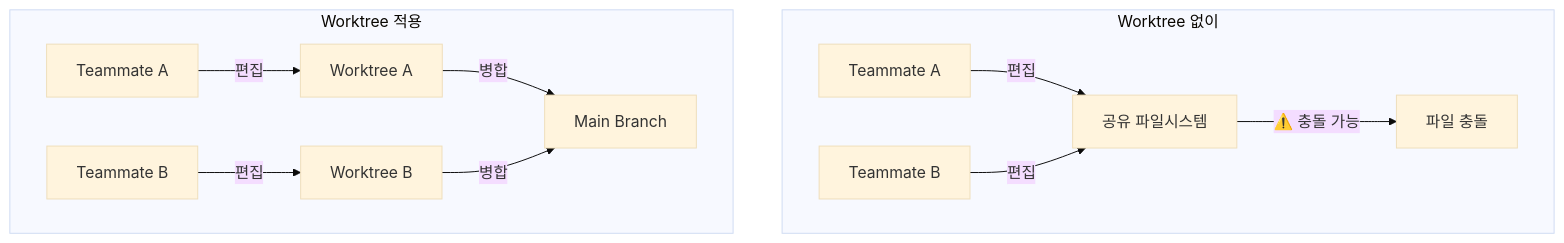
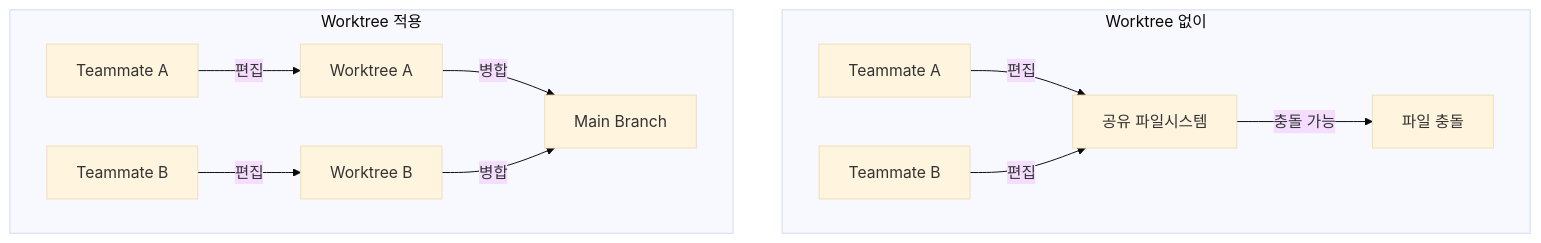
One commit to ice-ice-bear/ice-ice-bear.github.io changed the third of 3 diagrams in content/posts/2026-03-03-claude-code-agent-teams.md. Above: the diagram before and after it, drawn with Mermaid (base theme). The commit also changed other lines of this file and 1 other file, not shown here.

First line of the commit message:
Fix mermaid rendering: remove emojis and bidirectional arrows

````diff
--- a/content/posts/2026-03-03-claude-code-agent-teams.md
+++ b/content/posts/2026-03-03-claude-code-agent-teams.md
@@ -138,15 +138,15 @@
 ```mermaid
 graph TD
     subgraph "Worktree 없이"
         TA1[Teammate A] -->|편집| FS[공유 파일시스템]
         TA2[Teammate B] -->|편집| FS
-        FS -->|⚠️ 충돌 가능| CONFLICT[파일 충돌]
+        FS -->|충돌 가능| CONFLICT[파일 충돌]
     end
 
     subgraph "Worktree 적용"
         TB1[Teammate A] -->|편집| WT1[Worktree A]
         TB2[Teammate B] -->|편집| WT2[Worktree B]
         WT1 -->|병합| MAIN[Main Branch]
         WT2 -->|병합| MAIN
     end
 ```
````
